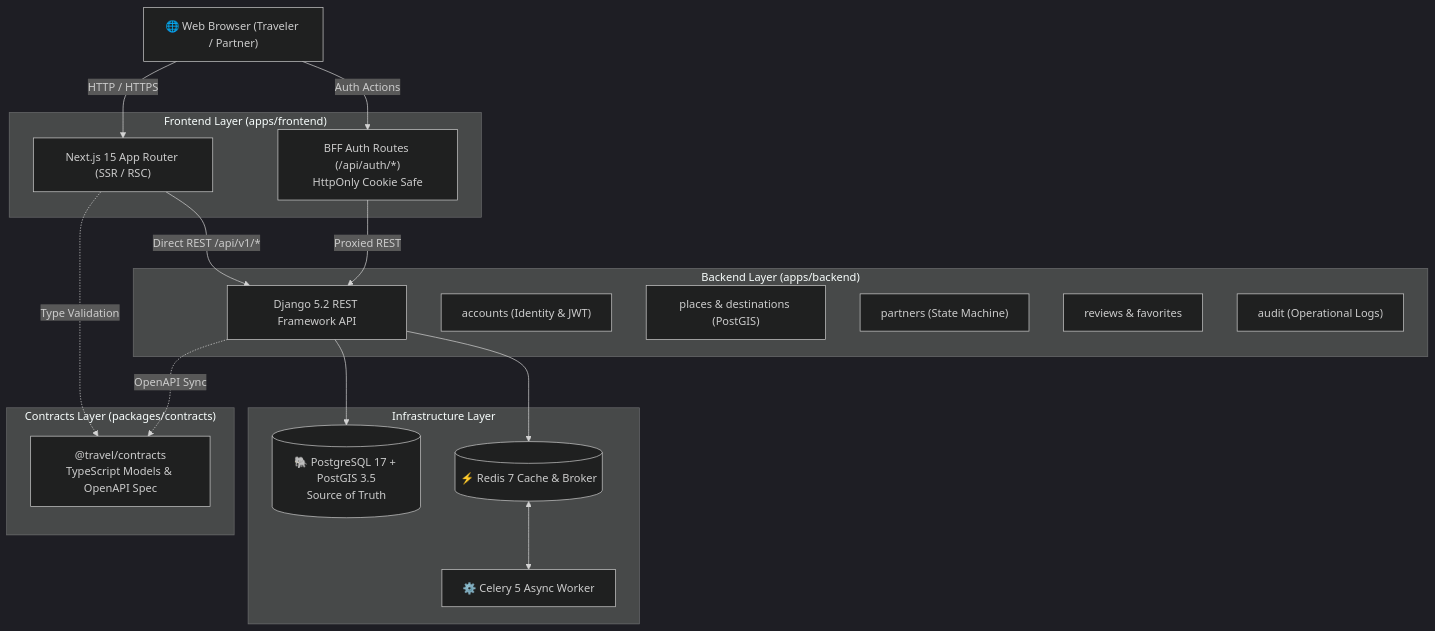
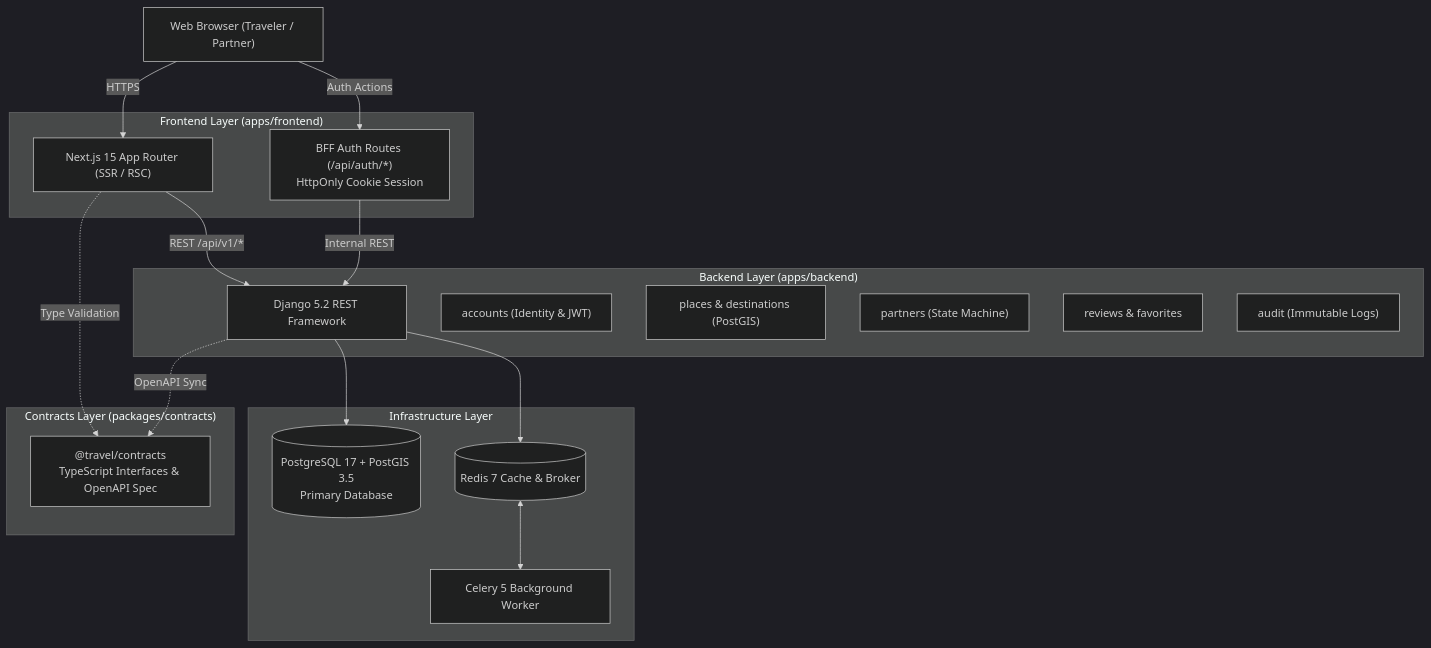
Before and after one commit to STAR-Trevaling/Website-Traveling: the diagram in README.md, drawn with Mermaid (dark theme). The commit also changed other lines of this file, not shown here.

````diff
--- a/README.md
+++ b/README.md
@@ -42,38 +46,38 @@
 ```mermaid
 graph TD
-    Client["🌐 Web Browser (Traveler / Partner)"]
+    Client["Web Browser (Traveler / Partner)"]
     
-    subgraph "Frontend Layer (apps/frontend)"
+    subgraph Frontend ["Frontend Layer (apps/frontend)"]
         NextWeb["Next.js 15 App Router (SSR / RSC)"]
-        BFF["BFF Auth Routes (/api/auth/*)<br/>HttpOnly Cookie Safe"]
+        BFF["BFF Auth Routes (/api/auth/*)<br/>HttpOnly Cookie Session"]
     end
     
-    subgraph "Contracts Layer (packages/contracts)"
-        Contracts["@travel/contracts<br/>TypeScript Models & OpenAPI Spec"]
+    subgraph Contracts ["Contracts Layer (packages/contracts)"]
+        ContractPkg["@travel/contracts<br/>TypeScript Interfaces & OpenAPI Spec"]
     end
     
-    subgraph "Backend Layer (apps/backend)"
-        DRF["Django 5.2 REST Framework API"]
-        AuthCtx["accounts (Identity & JWT)"]
-        GeoCtx["places & destinations (PostGIS)"]
-        PartnerCtx["partners (State Machine)"]
-        ReviewCtx["reviews & favorites"]
-        AuditCtx["audit (Operational Logs)"]
+    subgraph Backend ["Backend Layer (apps/backend)"]
+        DRF["Django 5.2 REST Framework"]
+        AuthApp["accounts (Identity & JWT)"]
+        GeoApp["places & destinations (PostGIS)"]
+        PartnerApp["partners (State Machine)"]
+        ReviewApp["reviews & favorites"]
+        AuditApp["audit (Immutable Logs)"]
     end
     
-    subgraph "Infrastructure Layer"
-        Postgres[("🐘 PostgreSQL 17 + PostGIS 3.5<br/>Source of Truth")]
-        Redis[("⚡ Redis 7 Cache & Broker")]
-        CeleryWorker["⚙️ Celery 5 Async Worker"]
+    subgraph Infrastructure ["Infrastructure Layer"]
+        Postgres[("PostgreSQL 17 + PostGIS 3.5<br/>Primary Database")]
+        Redis[("Redis 7 Cache & Broker")]
+        Worker["Celery 5 Background Worker"]
     end
 
-    Client -->|HTTP / HTTPS| NextWeb
+    Client -->|HTTPS| NextWeb
     Client -->|Auth Actions| BFF
-    BFF -->|Proxied REST| DRF
-    NextWeb -.->|Type Validation| Contracts
-    DRF -.->|OpenAPI Sync| Contracts
-    NextWeb -->|Direct REST /api/v1/*| DRF
+    BFF -->|Internal REST| DRF
+    NextWeb -.->|Type Validation| ContractPkg
+    DRF -.->|OpenAPI Sync| ContractPkg
+    NextWeb -->|REST /api/v1/*| DRF
     DRF --> Postgres
     DRF --> Redis
-    Redis <--> CeleryWorker
+    Redis <--> Worker
 ```
````
